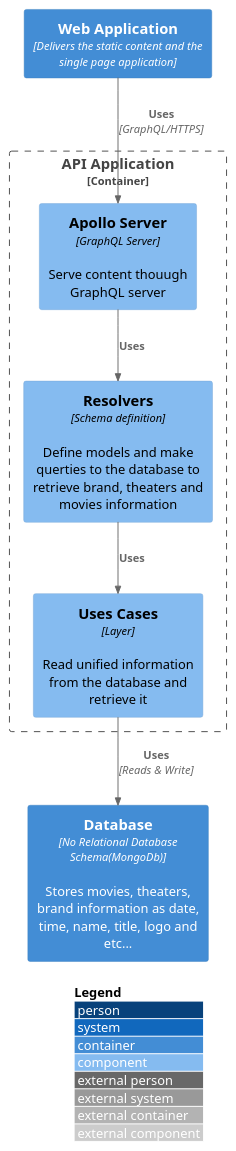
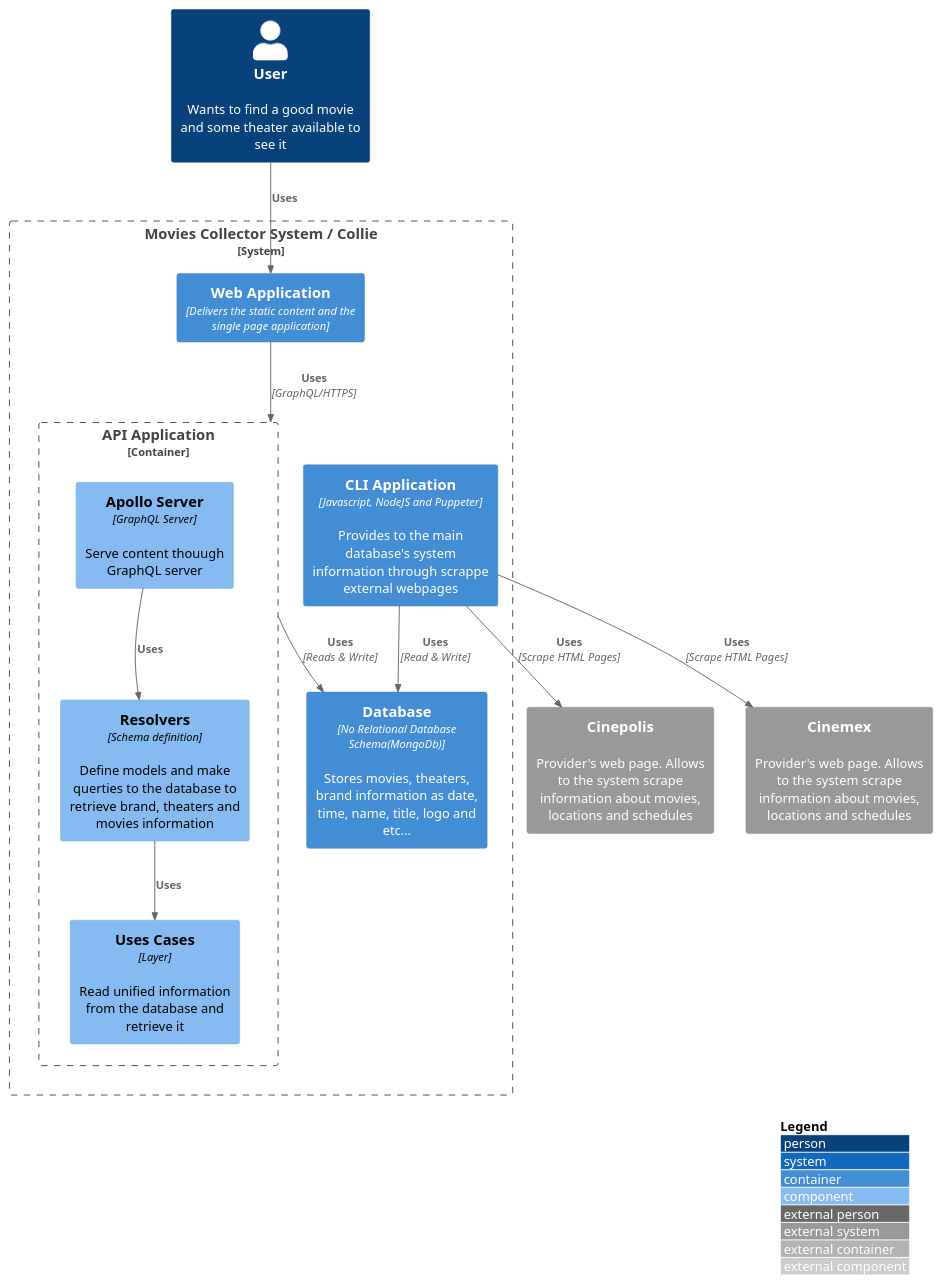
The diagram in src/1 Movies Collector System/API Application/component.puml (aoropeza/collie-docs), drawn with PlantUML before and after one commit. The commit also changed 12 other files, not shown here.

```diff
--- a/src/1 Movies Collector System/API Application/component.puml
+++ b/src/1 Movies Collector System/API Application/component.puml
@@ -1,18 +1,29 @@
 @startuml
 !include https://raw.githubusercontent.com/adrianvlupu/C4-PlantUML/latest/C4_Component.puml
 
 LAYOUT_WITH_LEGEND()
 
-Container(reactapp, "Web Application", "Delivers the static content and the single page application")
-Container(db, "Database", "No Relational Database Schema(MongoDb)", "Stores movies, theaters, brand information as date, time, name, title, logo and etc...")
-Container_Boundary(api, "API Application") {
-    Component(apollo, "Apollo Server", "GraphQL Server", "Serve content thouugh GraphQL server")
-    Component(resolvers, "Resolvers", "Schema definition", "Define models and make querties to the database to retrieve brand, theaters and movies information")
-    Component(connector, "Uses Cases", "Layer", "Read unified information from the database and retrieve it")
+Person(user, "User", "Wants to find a good movie and some theater available to see it")
+System_Ext(cinepolis, "Cinepolis", "Provider's web page. Allows to the system scrape information about movies, locations and schedules")
+System_Ext(cinemex, "Cinemex", "Provider's web page. Allows to the system scrape information about movies, locations and schedules")
+System_Boundary(colliesystem, "Movies Collector System / Collie") {
+    Container(reactapp, "Web Application", "Delivers the static content and the single page application")
+    Container_Boundary(api, "API Application") {
+        Component(apollo, "Apollo Server", "GraphQL Server", "Serve content thouugh GraphQL server")
+        Component(resolvers, "Resolvers", "Schema definition", "Define models and make querties to the database to retrieve brand, theaters and movies information")
+        Component(connector, "Uses Cases", "Layer", "Read unified information from the database and retrieve it")
 
-    Rel(apollo, resolvers, "Uses")
-    Rel(resolvers, connector, "Uses")
+        Rel(apollo, resolvers, "Uses")
+        Rel(resolvers, connector, "Uses")
+    }
+    Container(cli, "CLI Application", "Javascript, NodeJS and Puppeter", "Provides to the main database's system information through scrappe external webpages")
+    Container(db, "Database", "No Relational Database Schema(MongoDb)", "Stores movies, theaters, brand information as date, time, name, title, logo and etc...")
+    
+    Rel(reactapp, api, "Uses", "GraphQL/HTTPS")
+    Rel(api, db, "Uses", "Reads & Write")
+    Rel(cli, db, "Uses", "Read & Write")
+    Rel(cli, cinepolis, "Uses", "Scrape HTML Pages")
+    Rel(cli, cinemex, "Uses", "Scrape HTML Pages")
 }
-Rel(reactapp, apollo, "Uses", "GraphQL/HTTPS")
-Rel(connector, db, "Uses", "Reads & Write")
+Rel(user, reactapp, "Uses")
 @enduml
```
